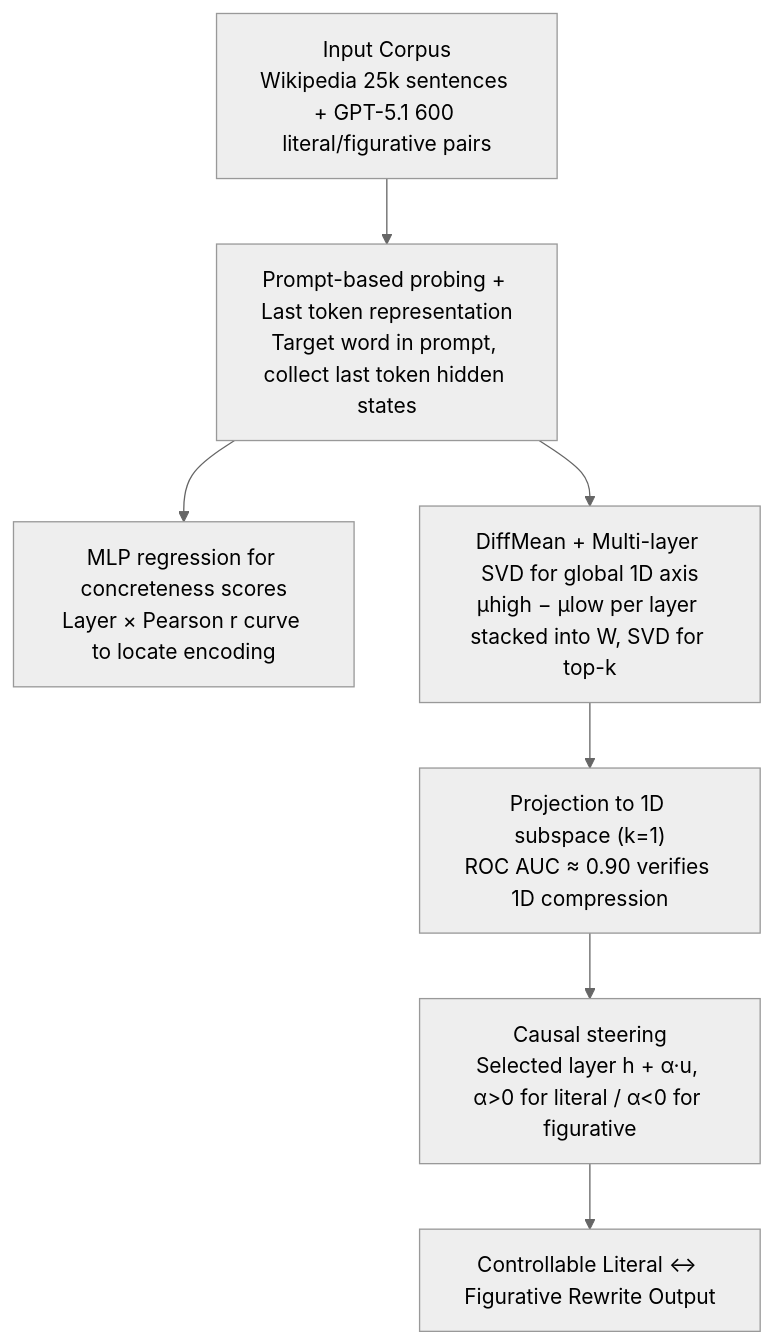
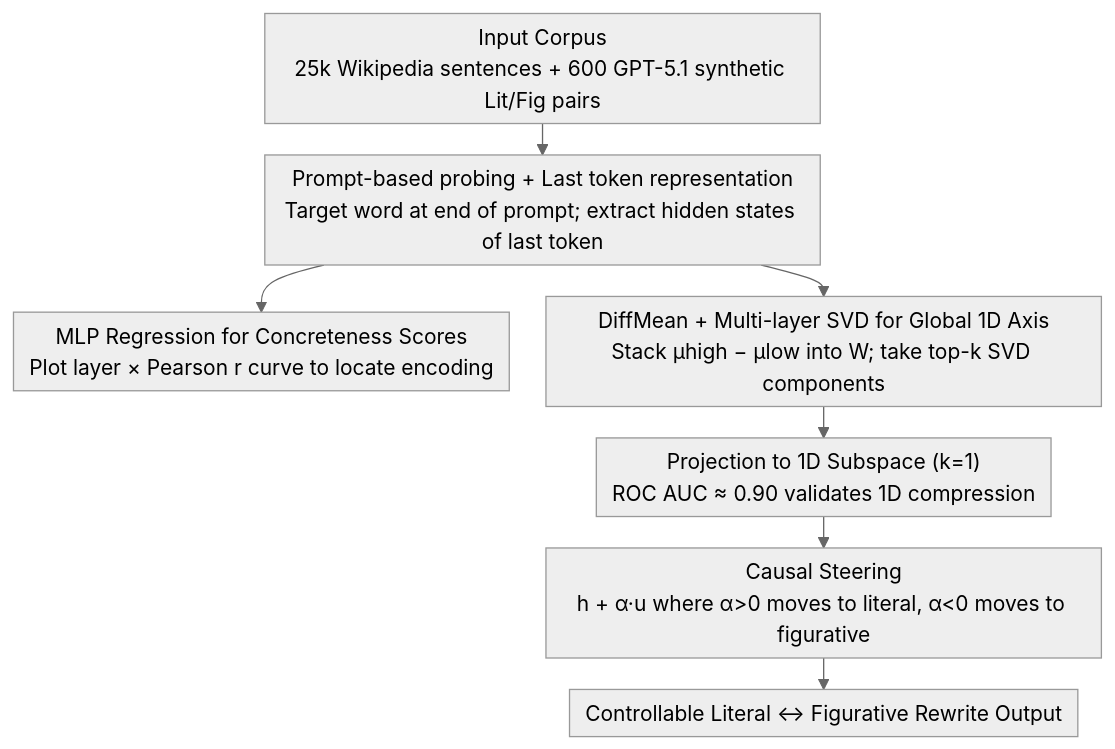
Before and after one commit to zhaoyang97/Paper-Notes-en: the diagram in docs/ACL2026/nlp_understanding/exploring_concreteness_through_a_figurative_lens.md, drawn with Mermaid (neutral theme). The commit also changed other lines of this file and 5084 other files, not shown here.

````diff
--- a/docs/ACL2026/nlp_understanding/exploring_concreteness_through_a_figurative_lens.md
+++ b/docs/ACL2026/nlp_understanding/exploring_concreteness_through_a_figurative_lens.md
@@ -41,10 +41,11 @@
 ```mermaid
+%%{init: {'flowchart': {'rankSpacing': 24, 'nodeSpacing': 28, 'padding': 6, 'wrappingWidth': 400}}}%%
 flowchart TD
-    A["Input Corpus<br/>Wikipedia 25k sentences + GPT-5.1 600 literal/figurative pairs"]
-    A --> B["Prompt-based probing + Last token representation<br/>Target word in prompt, collect last token hidden states"]
-    B --> C["MLP regression for concreteness scores<br/>Layer × Pearson r curve to locate encoding"]
-    B --> D["DiffMean + Multi-layer SVD for global 1D axis<br/>μhigh − μlow per layer stacked into W, SVD for top-k"]
-    D --> E["Projection to 1D subspace (k=1)<br/>ROC AUC ≈ 0.90 verifies 1D compression"]
-    E --> F["Causal steering<br/>Selected layer h + α·u, α>0 for literal / α<0 for figurative"]
+    A["Input Corpus<br/>25k Wikipedia sentences + 600 GPT-5.1 synthetic Lit/Fig pairs"]
+    A --> B["Prompt-based probing + Last token representation<br/>Target word at end of prompt; extract hidden states of last token"]
+    B --> C["MLP Regression for Concreteness Scores<br/>Plot layer × Pearson r curve to locate encoding"]
+    B --> D["DiffMean + Multi-layer SVD for Global 1D Axis<br/>Stack μhigh − μlow into W; take top-k SVD components"]
+    D --> E["Projection to 1D Subspace (k=1)<br/>ROC AUC ≈ 0.90 validates 1D compression"]
+    E --> F["Causal Steering<br/>h + α·u where α>0 moves to literal, α<0 moves to figurative"]
     F --> G["Controllable Literal ↔ Figurative Rewrite Output"]
 ```
````
